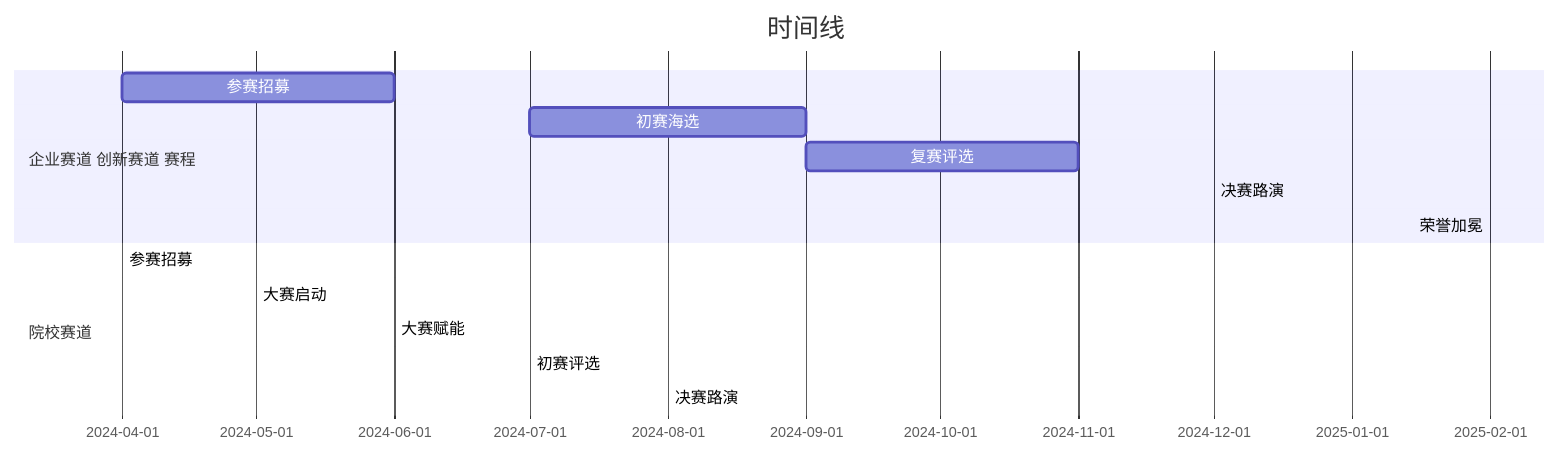
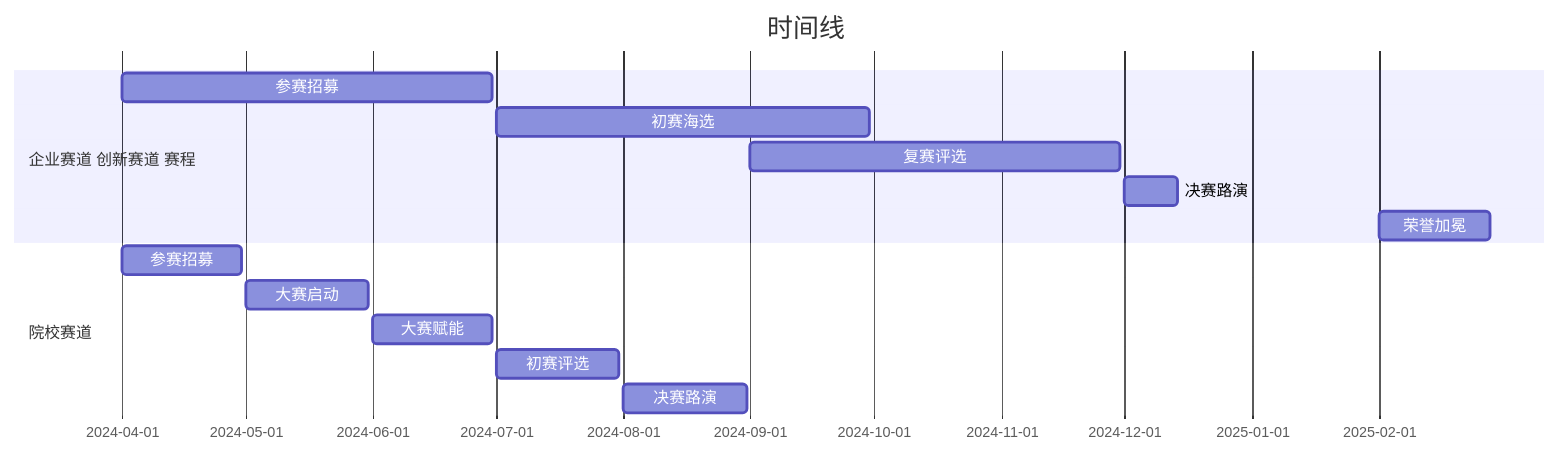
One commit to Yuyz0112/hackathons changed the fourth of 4 diagrams in README.md. Above: the diagram before and after it, drawn with Mermaid.

Commit message:
update date

````diff
--- a/README.md
+++ b/README.md
@@ -81,17 +81,17 @@
 ```mermaid
 gantt
     title 时间线
-    dateFormat YYYY-MM
+    dateFormat YYYY-MM-DD
     section 企业赛道 创新赛道 赛程
-        参赛招募: 2024-04, 2024-06
-        初赛海选: 2024-07, 2024-09
-        复赛评选: 2024-09, 2024-11
-        决赛路演: 2024-12, 2024-12
-        荣誉加冕: 2025-02, 2025-02
+        参赛招募: 2024-04-01, 2024-06-30
+        初赛海选: 2024-07-01, 2024-09-30
+        复赛评选: 2024-09-01, 2024-11-30
+        决赛路演: 2024-12-01, 2024-12-14
+        荣誉加冕: 2025-02-01, 2025-02-28
     section 院校赛道
-        参赛招募: 2024-04, 2024-04
-        大赛启动: 2024-05, 2024-05
-        大赛赋能: 2024-06, 2024-06
-        初赛评选: 2024-07, 2024-07
-        决赛路演: 2024-08, 2024-08
+        参赛招募: 2024-04-01, 2024-04-30
+        大赛启动: 2024-05-01, 2024-05-31
+        大赛赋能: 2024-06-01, 2024-06-30
+        初赛评选: 2024-07-01, 2024-07-31
+        决赛路演: 2024-08-01, 2024-08-31
 ```
````
